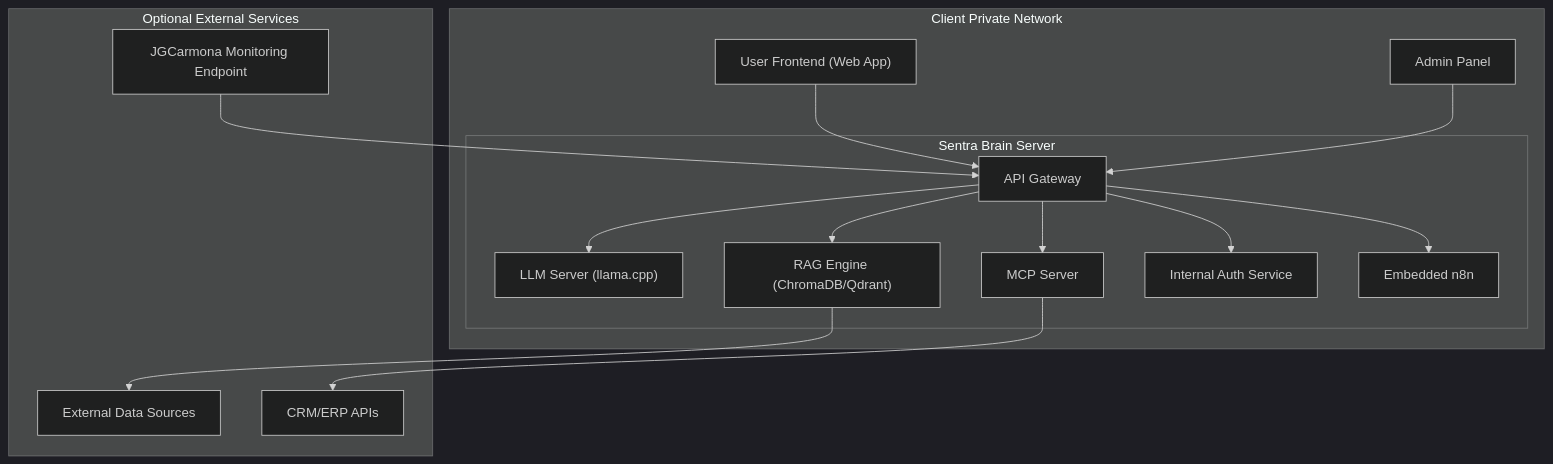
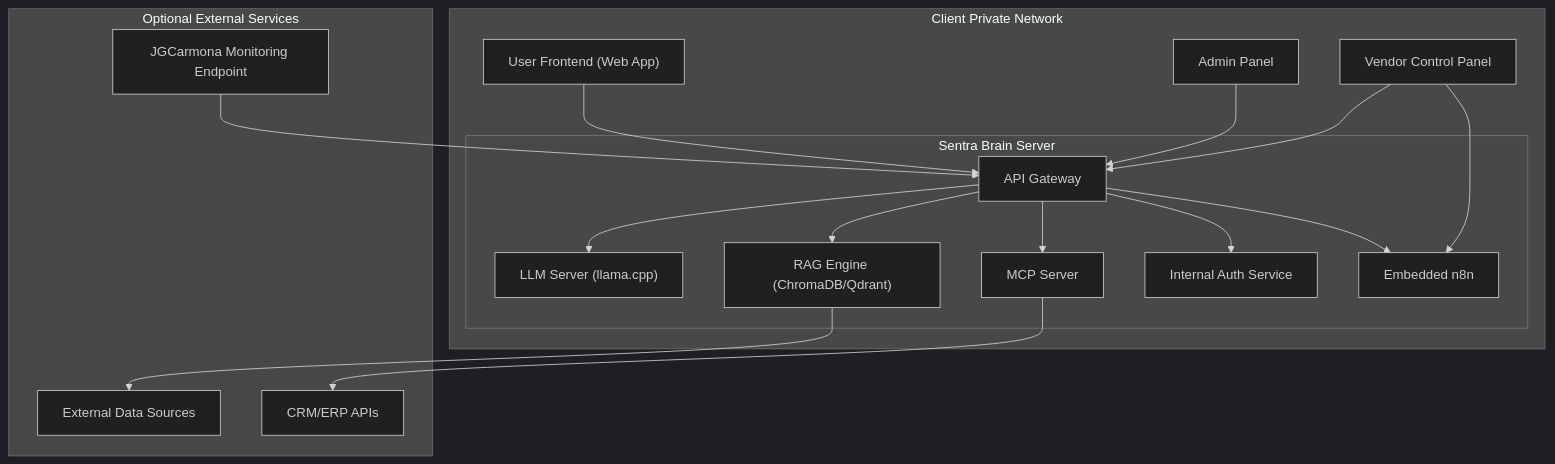
Before and after one commit to Sentra-Brain/sentra-platform: the diagram in docs/arc42/07_deployment_view.md, drawn with Mermaid (dark theme). The commit also changed other lines of this file and 4 other files, not shown here.

Commit message:
docs(arc42): enhance architecture documentation with Vendor Control Panel details and update workflow scenarios

````diff
--- a/docs/arc42/07_deployment_view.md
+++ b/docs/arc42/07_deployment_view.md
@@ -22,32 +22,35 @@
 ```mermaid
 flowchart TD
     subgraph Client_Network["Client Private Network"]
         subgraph Sentra_Brain_Server["Sentra Brain Server"]
             API["API Gateway"]
             LLM["LLM Server (llama.cpp)"]
             RAG["RAG Engine (ChromaDB/Qdrant)"]
             MCP["MCP Server"]
             Auth[Internal Auth Service]
             n8n[Embedded n8n]
         end
         Frontend["User Frontend (Web App)"]
         AdminPanel[Admin Panel]
+        VendorPanel[Vendor Control Panel]
     end
 
     subgraph External_Connections["Optional External Services"]
         DataSources[External Data Sources]
         CRM_APIs[CRM/ERP APIs]
         Vendor_Monitoring[JGCarmona Monitoring Endpoint]
     end
 
     Frontend --> API
     AdminPanel --> API
+    VendorPanel --> API
+    VendorPanel --> n8n
     API --> LLM
     API --> RAG
     API --> MCP
     API --> Auth
     API --> n8n
     RAG --> DataSources
     MCP --> CRM_APIs
     Vendor_Monitoring --> API
 ```
````
